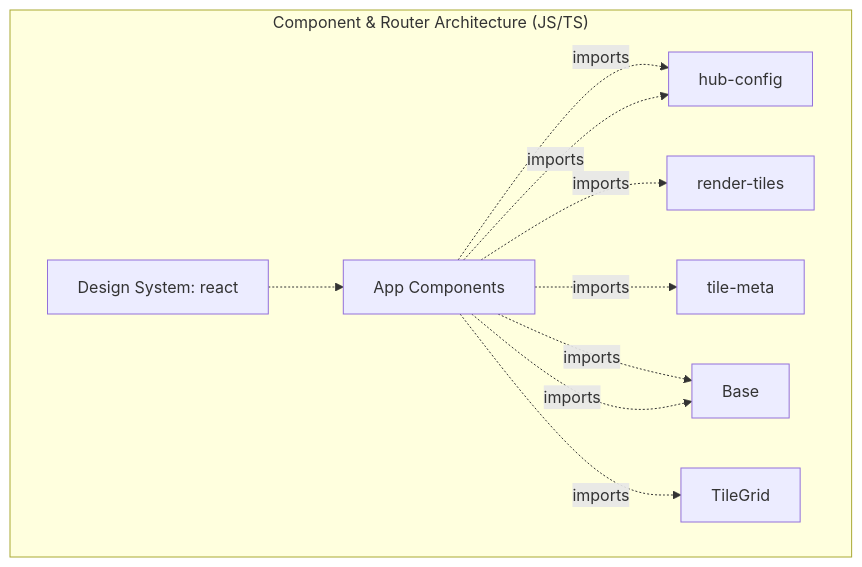
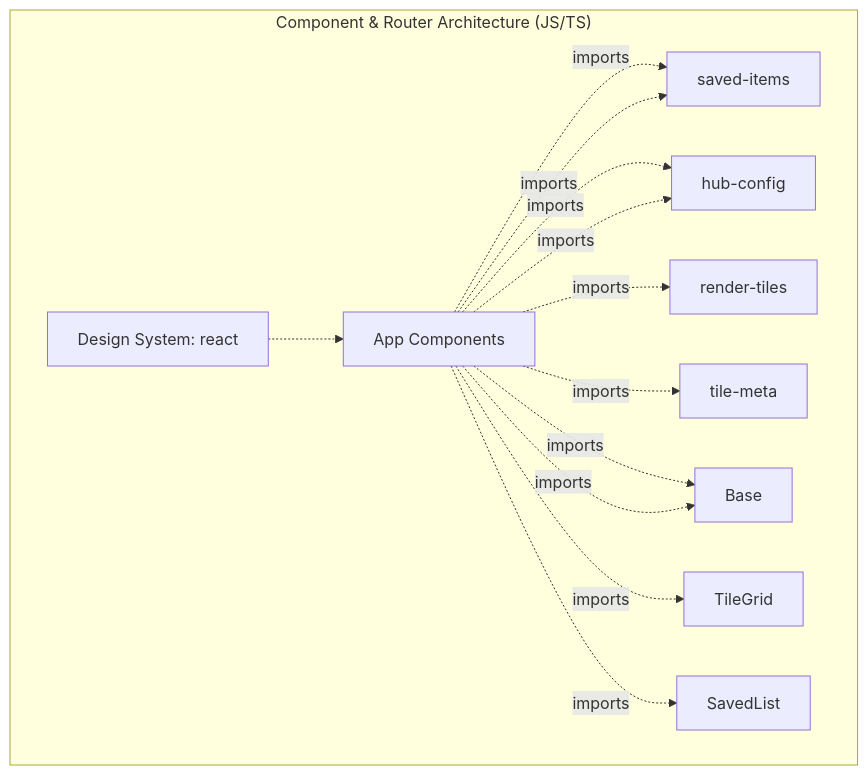
Before and after one commit to gokulsaraswat/gokulmobilize: the diagram in .project-architecture.md, drawn with Mermaid. The commit also changed 27 other files, not shown here.

First line of the commit message:
feat: saved-for-later list in the hub

````diff
--- a/.project-architecture.md
+++ b/.project-architecture.md
@@ -5,14 +5,17 @@
 ```mermaid
 graph TD
     subgraph FrontendLayer["Component & Router Architecture (JS/TS)"]
     App_Components["App Components"]
     UI_Stack["Design System: react"] -.-> App_Components
+    App_Components -.->|imports| saved_items["saved-items"]
     App_Components -.->|imports| hub_config["hub-config"]
     App_Components -.->|imports| render_tiles["render-tiles"]
     App_Components -.->|imports| tile_meta["tile-meta"]
     App_Components -.->|imports| hub_config["hub-config"]
+    App_Components -.->|imports| saved_items["saved-items"]
     App_Components -.->|imports| Base["Base"]
     App_Components -.->|imports| TileGrid["TileGrid"]
+    App_Components -.->|imports| SavedList["SavedList"]
     App_Components -.->|imports| Base["Base"]
     end
 ```
````
